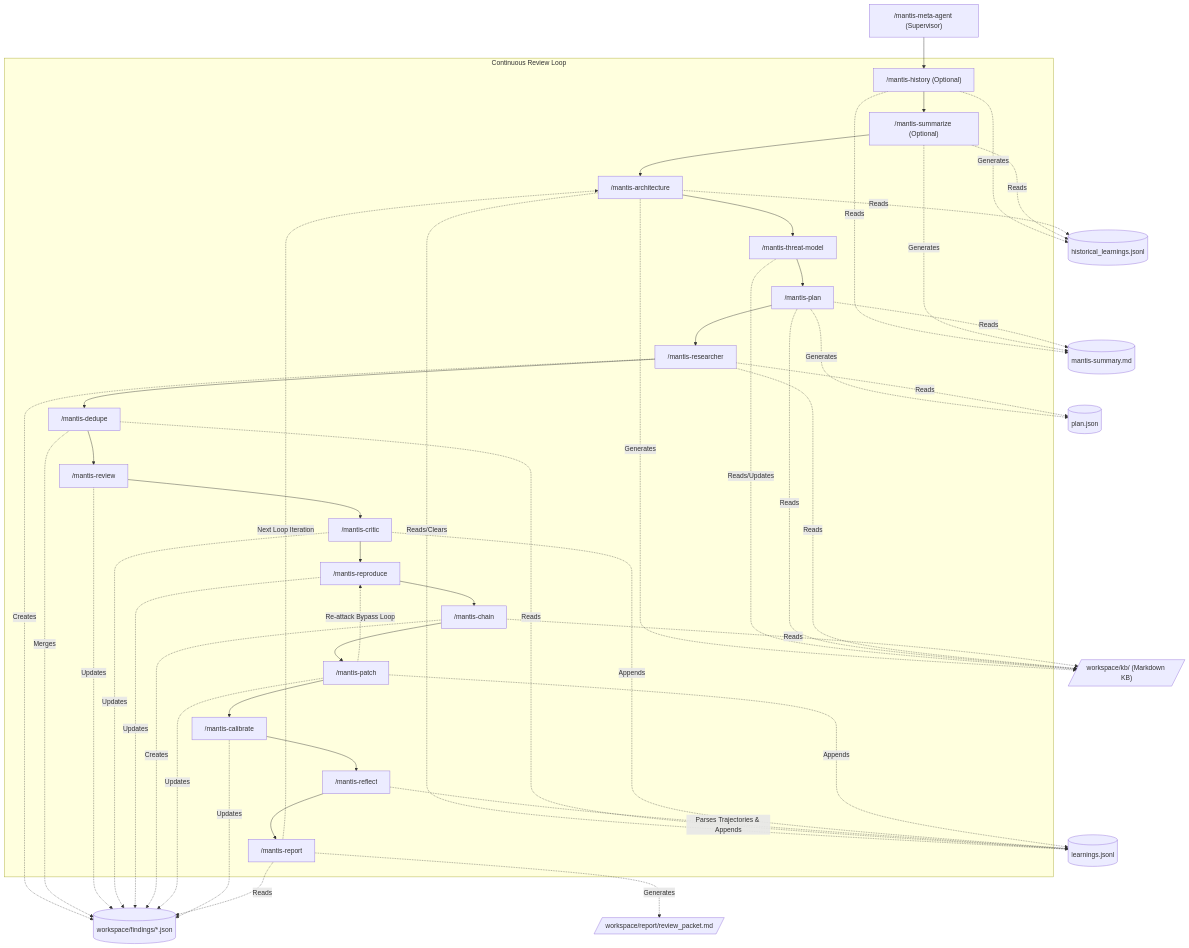
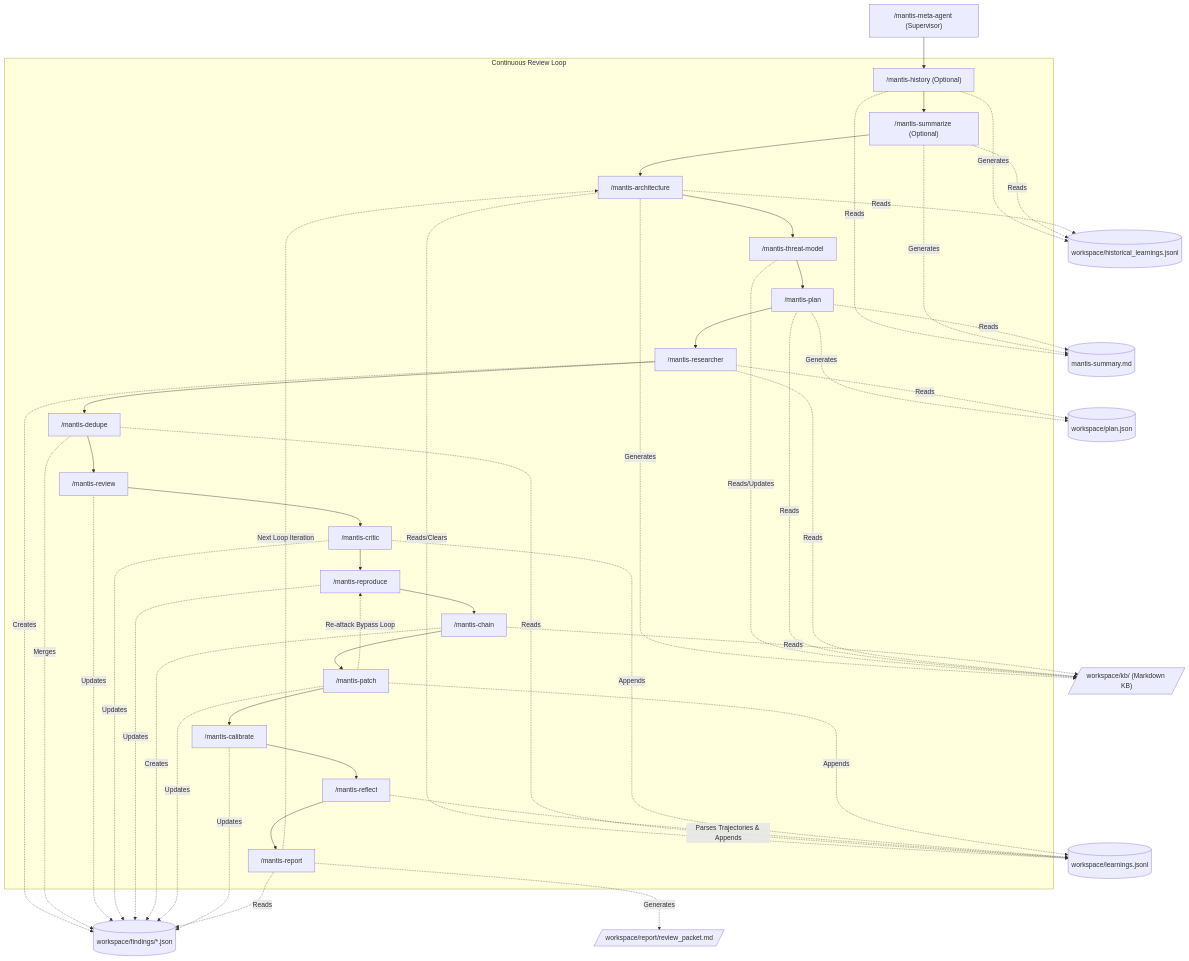
The diagram in README.md (anguillanneuf/mantis), drawn with Mermaid before and after one commit. The commit also changed other lines of this file and 19 other files, not shown here.

````diff
--- a/README.md
+++ b/README.md
@@ -73,80 +73,80 @@
 ```mermaid
 graph TD
     Meta["/mantis-meta-agent (Supervisor)"]
 
     subgraph "Continuous Review Loop"
         Hist["/mantis-history (Optional)"]
         Sum["/mantis-summarize (Optional)"]
         Arch["/mantis-architecture"]
         TM["/mantis-threat-model"]
         Plan["/mantis-plan"]
         Res["/mantis-researcher"]
         Ded["/mantis-dedupe"]
         Rev["/mantis-review"]
         Cri["/mantis-critic"]
         Rep["/mantis-reproduce"]
         Cha["/mantis-chain"]
         Pat["/mantis-patch"]
         Cal["/mantis-calibrate"]
         Ref["/mantis-reflect"]
         Rpt["/mantis-report"]
     end
 
-    FileHist[("historical_learnings.jsonl")]
+    FileHist[("workspace/historical_learnings.jsonl")]
     FileSum[("mantis-summary.md")]
     FileKB[/"workspace/kb/ (Markdown KB)"/]
-    FilePlan[("plan.json")]
+    FilePlan[("workspace/plan.json")]
     FileFind[("workspace/findings/*.json")]
-    FileLearn[("learnings.jsonl")]
+    FileLearn[("workspace/learnings.jsonl")]
     FileRpt[/"workspace/report/review_packet.md"/]
 
     Meta --> Hist
     Hist --> Sum
     Sum --> Arch
     Arch --> TM
     TM --> Plan
     Plan --> Res
     Res --> Ded
     Ded --> Rev
     Rev --> Cri
     Cri --> Rep
     Rep --> Cha
     Cha --> Pat
     Pat -.->|Re-attack Bypass Loop| Rep
     Pat --> Cal
     Cal --> Ref
     Ref --> Rpt
     Rpt -.->|Next Loop Iteration| Arch
 
     Hist -.->|Generates| FileHist
     Hist -.->|Reads| FileSum
     Sum -.->|Reads| FileHist
     Sum -.->|Generates| FileSum
     Arch -.->|Reads| FileHist
     Arch -.->|Generates| FileKB
     Arch -.->|Reads/Clears| FileLearn
     TM -.->|Reads/Updates| FileKB
     Plan -.->|Reads| FileKB
     Plan -.->|Reads| FileSum
     Plan -.->|Generates| FilePlan
 
     Res -.->|Reads| FilePlan
     Res -.->|Reads| FileKB
     Res -.->|Creates| FileFind
     Ded -.->|Reads| FileLearn
     Ded -.->|Merges| FileFind
     Rev -.->|Updates| FileFind
     Cri -.->|Updates| FileFind
     Rep -.->|Updates| FileFind
     Cha -.->|Reads| FileKB
     Cha -.->|Creates| FileFind
     Pat -.->|Updates| FileFind
     Cal -.->|Updates| FileFind
 
     Ref -.->|Parses Trajectories & Appends| FileLearn
     Cri -.->|Appends| FileLearn
     Pat -.->|Appends| FileLearn
 
     Rpt -.->|Reads| FileFind
     Rpt -.->|Generates| FileRpt
 ```
````
